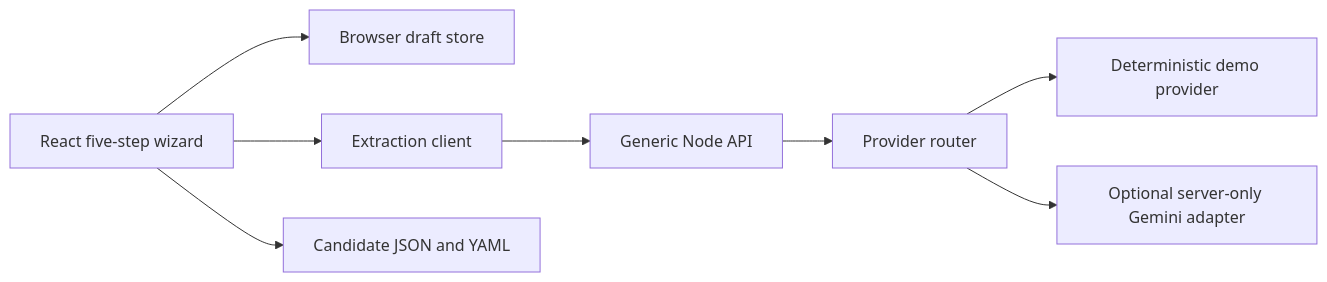
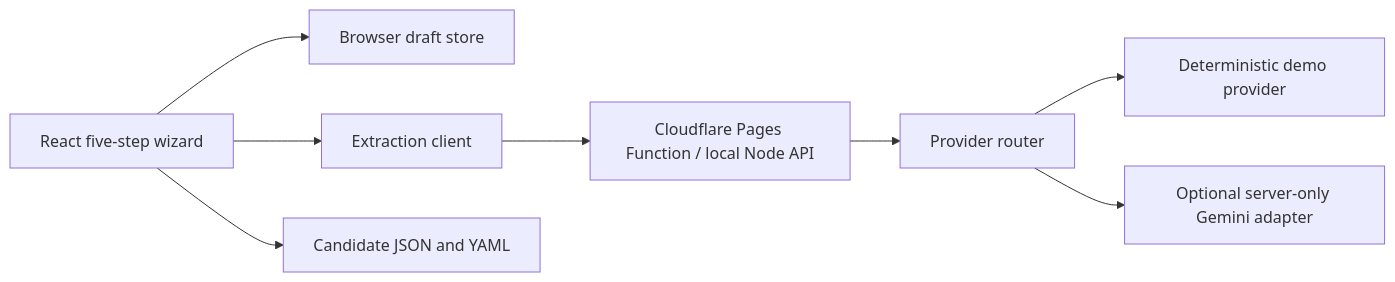
The diagram in docs/architecture.md (devin-thomas/briefcase-os-onboarding), drawn with Mermaid before and after one commit. The commit also changed other lines of this file and 7 other files, not shown here.

````diff
--- a/docs/architecture.md
+++ b/docs/architecture.md
@@ -5,10 +5,10 @@
 ```mermaid
 flowchart LR
   UI[React five-step wizard] --> Draft[Browser draft store]
   UI --> Client[Extraction client]
   UI --> Export[Candidate JSON and YAML]
-  Client --> API[Generic Node API]
+  Client --> API[Cloudflare Pages Function / local Node API]
   API --> Router[Provider router]
   Router --> Demo[Deterministic demo provider]
   Router --> Gemini[Optional server-only Gemini adapter]
 ```
````
